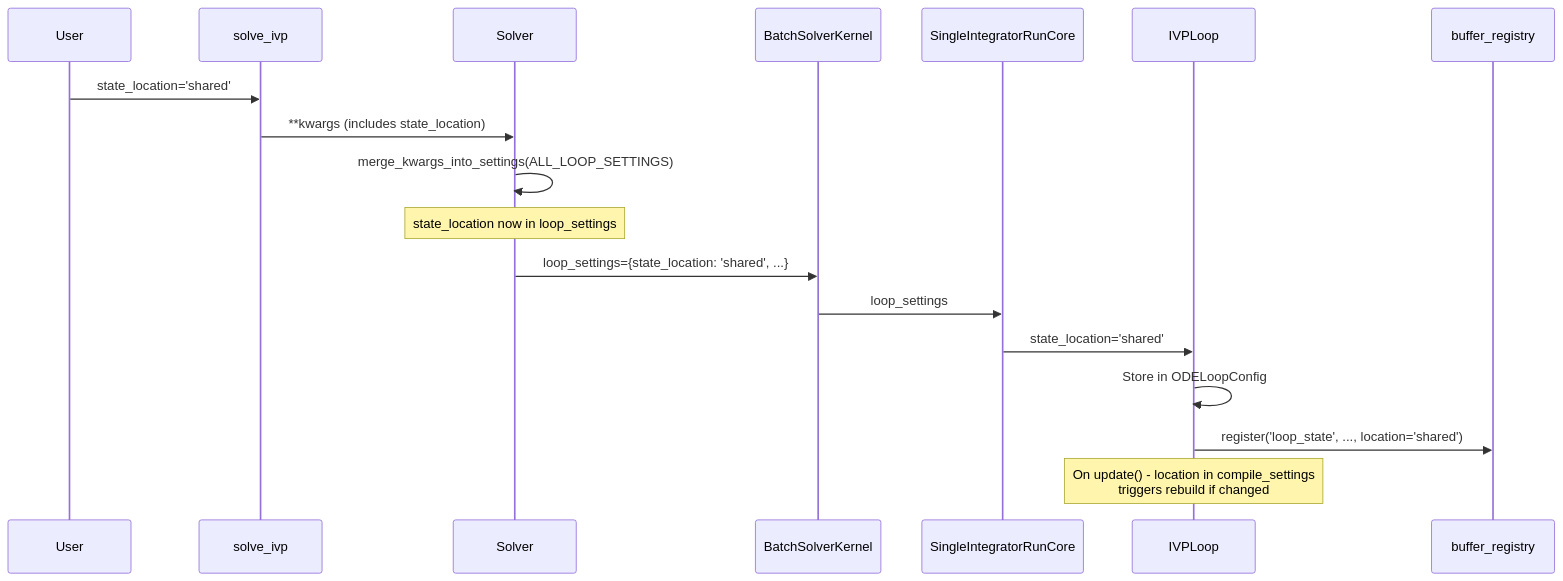
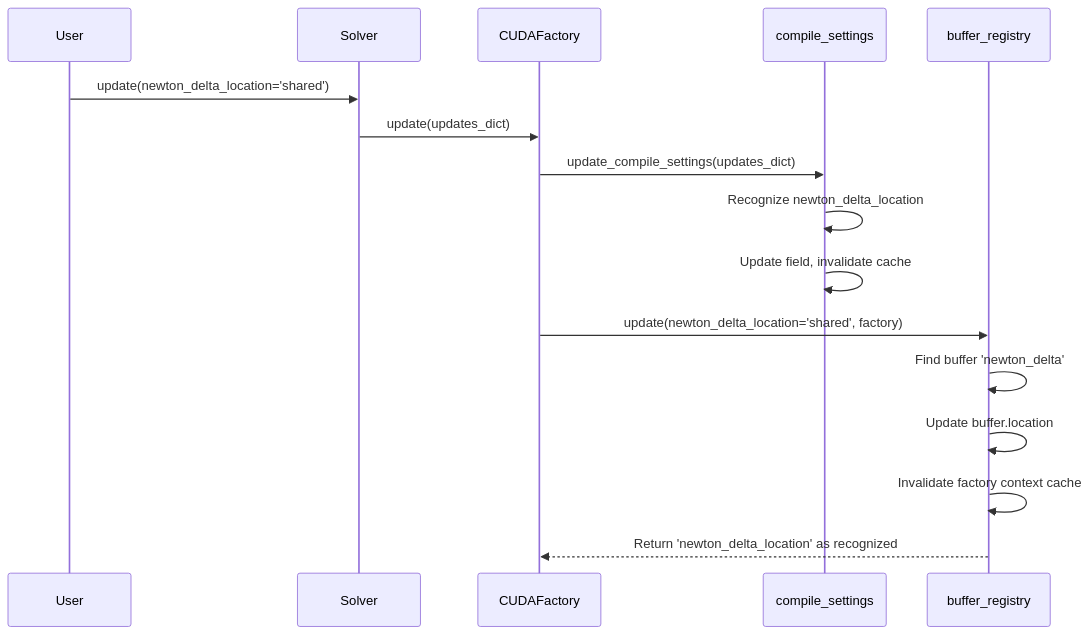
Before and after one commit to ccam80/cubie: the second of 2 diagrams in .github/active_plans/buffer_settings_plumbing/human_overview.md, drawn with Mermaid. The commit also changed other lines of this file and 2 other files, not shown here.

Commit message:
docs: update buffer settings plumbing plans with expanded scope for all CUDAFactory subclasses

````diff
--- a/.github/active_plans/buffer_settings_plumbing/human_overview.md
+++ b/.github/active_plans/buffer_settings_plumbing/human_overview.md
@@ -96,24 +117,19 @@
 ```mermaid
 sequenceDiagram
     participant User
-    participant solve_ivp
     participant Solver
-    participant BatchSolverKernel
-    participant SingleIntegratorRunCore
-    participant IVPLoop
-    participant buffer_registry
+    participant Factory as CUDAFactory
+    participant Config as compile_settings
+    participant Registry as buffer_registry
     
-    User->>solve_ivp: state_location='shared'
-    solve_ivp->>Solver: **kwargs (includes state_location)
-    Solver->>Solver: merge_kwargs_into_settings(ALL_LOOP_SETTINGS)
-    Note over Solver: state_location now in loop_settings
-    
-    Solver->>BatchSolverKernel: loop_settings={state_location: 'shared', ...}
-    BatchSolverKernel->>SingleIntegratorRunCore: loop_settings
-    SingleIntegratorRunCore->>IVPLoop: state_location='shared'
-    
-    IVPLoop->>IVPLoop: Store in ODELoopConfig
-    IVPLoop->>buffer_registry: register('loop_state', ..., location='shared')
-    
-    Note over IVPLoop: On update() - location in compile_settings<br/>triggers rebuild if changed
+    User->>Solver: update(newton_delta_location='shared')
+    Solver->>Factory: update(updates_dict)
+    Factory->>Config: update_compile_settings(updates_dict)
+    Config->>Config: Recognize newton_delta_location
+    Config->>Config: Update field, invalidate cache
+    Factory->>Registry: update(newton_delta_location='shared', factory)
+    Registry->>Registry: Find buffer 'newton_delta'
+    Registry->>Registry: Update buffer.location
+    Registry->>Registry: Invalidate factory context cache
+    Registry-->>Factory: Return 'newton_delta_location' as recognized
 ```
````
